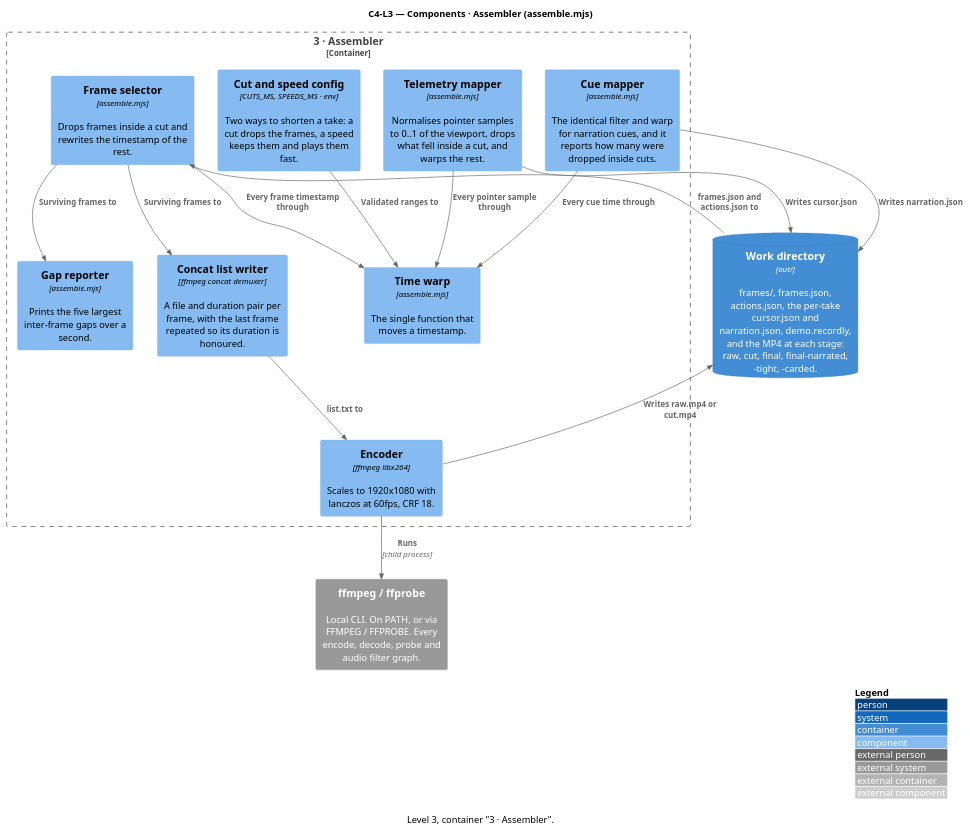
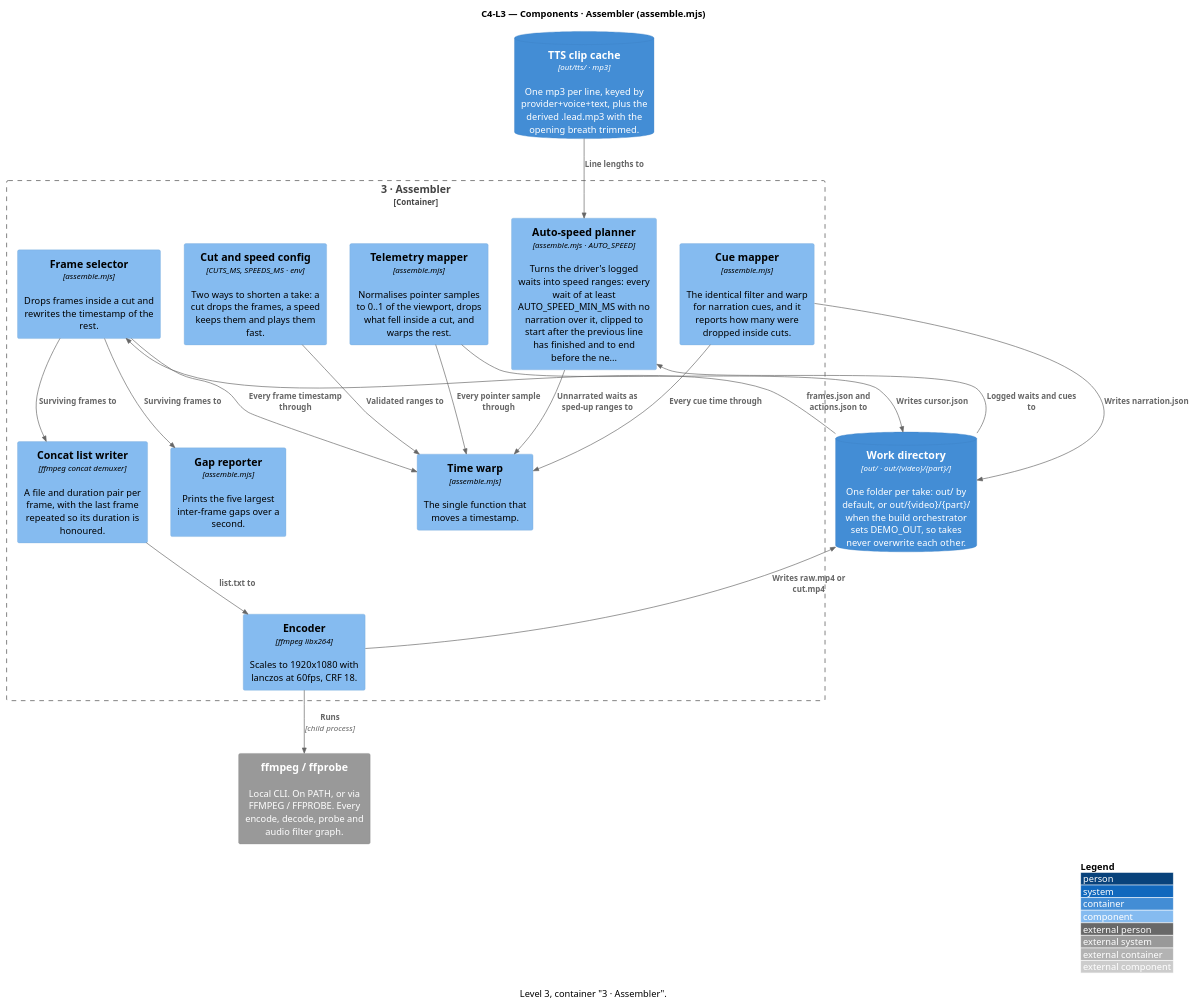
Before and after one commit to ssunduko/product-video: the diagram in docs/c4-l3-assembler.puml, drawn with PlantUML. The commit also changed 21 other files, not shown here.

```diff
--- a/docs/c4-l3-assembler.puml
+++ b/docs/c4-l3-assembler.puml
@@ -1,38 +1,43 @@
 @startuml c4-l3-assembler
 ' Generated by docs/c4-model.mjs — do not edit; edit the model and re-run.
 !include <C4/C4_Component>
 ' No bundled C4 stdlib? Replace the line above with:
 ' !include https://raw.githubusercontent.com/plantuml-stdlib/C4-PlantUML/master/C4_Component.puml
 
 title C4-L3 — Components · Assembler (assemble.mjs)
 caption Level 3, container "3 · Assembler".
 
-ContainerDb(work_directory, "Work directory", "out/", "frames/, frames.json, actions.json, the per-take cursor.json and narration.json, demo.recordly, and the MP4 at each stage: raw, cut, final, final-narrated, -tight, -carded.")
+ContainerDb(work_directory, "Work directory", "out/ · out/{video}/{part}/", "One folder per take: out/ by default, or out/{video}/{part}/ when the build orchestrator sets DEMO_OUT, so takes never overwrite each other.")
 System_Ext(ffmpeg_ffprobe, "ffmpeg / ffprobe", "Local CLI. On PATH, or via FFMPEG / FFPROBE. Every encode, decode, probe and audio filter graph.")
+ContainerDb(tts_clip_cache, "TTS clip cache", "out/tts/ · mp3", "One mp3 per line, keyed by provider+voice+text, plus the derived .lead.mp3 with the opening breath trimmed.")
 
 Container_Boundary(assembler_2, "3 · Assembler") {
   Component(cut_and_speed_config, "Cut and speed config", "CUTS_MS, SPEEDS_MS · env", "Two ways to shorten a take: a cut drops the frames, a speed keeps them and plays them fast.")
   Component(time_warp, "Time warp", "assemble.mjs", "The single function that moves a timestamp.")
   Component(frame_selector, "Frame selector", "assemble.mjs", "Drops frames inside a cut and rewrites the timestamp of the rest.")
   Component(gap_reporter, "Gap reporter", "assemble.mjs", "Prints the five largest inter-frame gaps over a second.")
   Component(concat_list_writer, "Concat list writer", "ffmpeg concat demuxer", "A file and duration pair per frame, with the last frame repeated so its duration is honoured.")
   Component(encoder, "Encoder", "ffmpeg libx264", "Scales to 1920x1080 with lanczos at 60fps, CRF 18.")
   Component(telemetry_mapper, "Telemetry mapper", "assemble.mjs", "Normalises pointer samples to 0..1 of the viewport, drops what fell inside a cut, and warps the rest.")
   Component(cue_mapper, "Cue mapper", "assemble.mjs", "The identical filter and warp for narration cues, and it reports how many were dropped inside cuts.")
+  Component(auto_speed_planner, "Auto-speed planner", "assemble.mjs · AUTO_SPEED", "Turns the driver's logged waits into speed ranges: every wait of at least AUTO_SPEED_MIN_MS with no narration over it, clipped to start after the previous line has finished and to end before the ne...")
 }
 
 Rel(cut_and_speed_config, time_warp, "Validated ranges to")
 Rel(work_directory, frame_selector, "frames.json and actions.json to")
 Rel(frame_selector, time_warp, "Every frame timestamp through")
 Rel(telemetry_mapper, time_warp, "Every pointer sample through")
 Rel(cue_mapper, time_warp, "Every cue time through")
 Rel(frame_selector, gap_reporter, "Surviving frames to")
 Rel(frame_selector, concat_list_writer, "Surviving frames to")
 Rel(concat_list_writer, encoder, "list.txt to")
 Rel(encoder, ffmpeg_ffprobe, "Runs", "child process")
 Rel(encoder, work_directory, "Writes raw.mp4 or cut.mp4")
 Rel(telemetry_mapper, work_directory, "Writes cursor.json")
 Rel(cue_mapper, work_directory, "Writes narration.json")
+Rel(work_directory, auto_speed_planner, "Logged waits and cues to")
+Rel(tts_clip_cache, auto_speed_planner, "Line lengths to")
+Rel(auto_speed_planner, time_warp, "Unnarrated waits as sped-up ranges to")
 
 LAYOUT_WITH_LEGEND()
 @enduml
```
